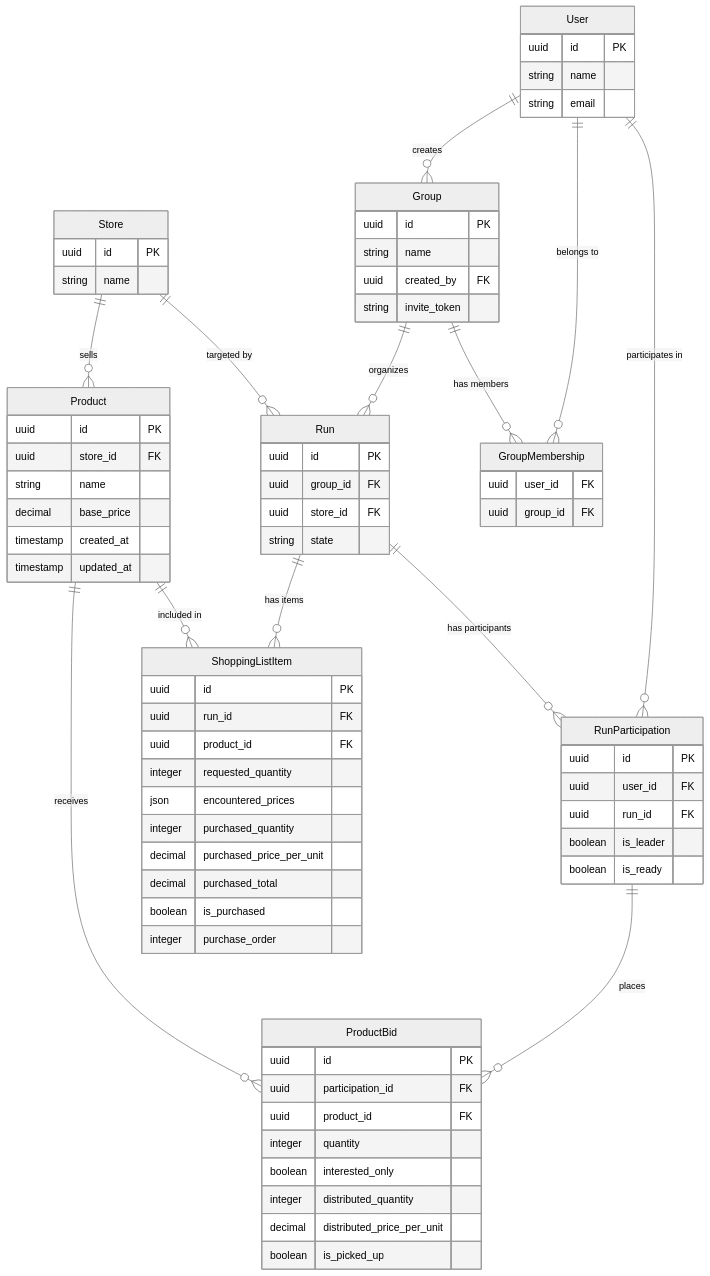
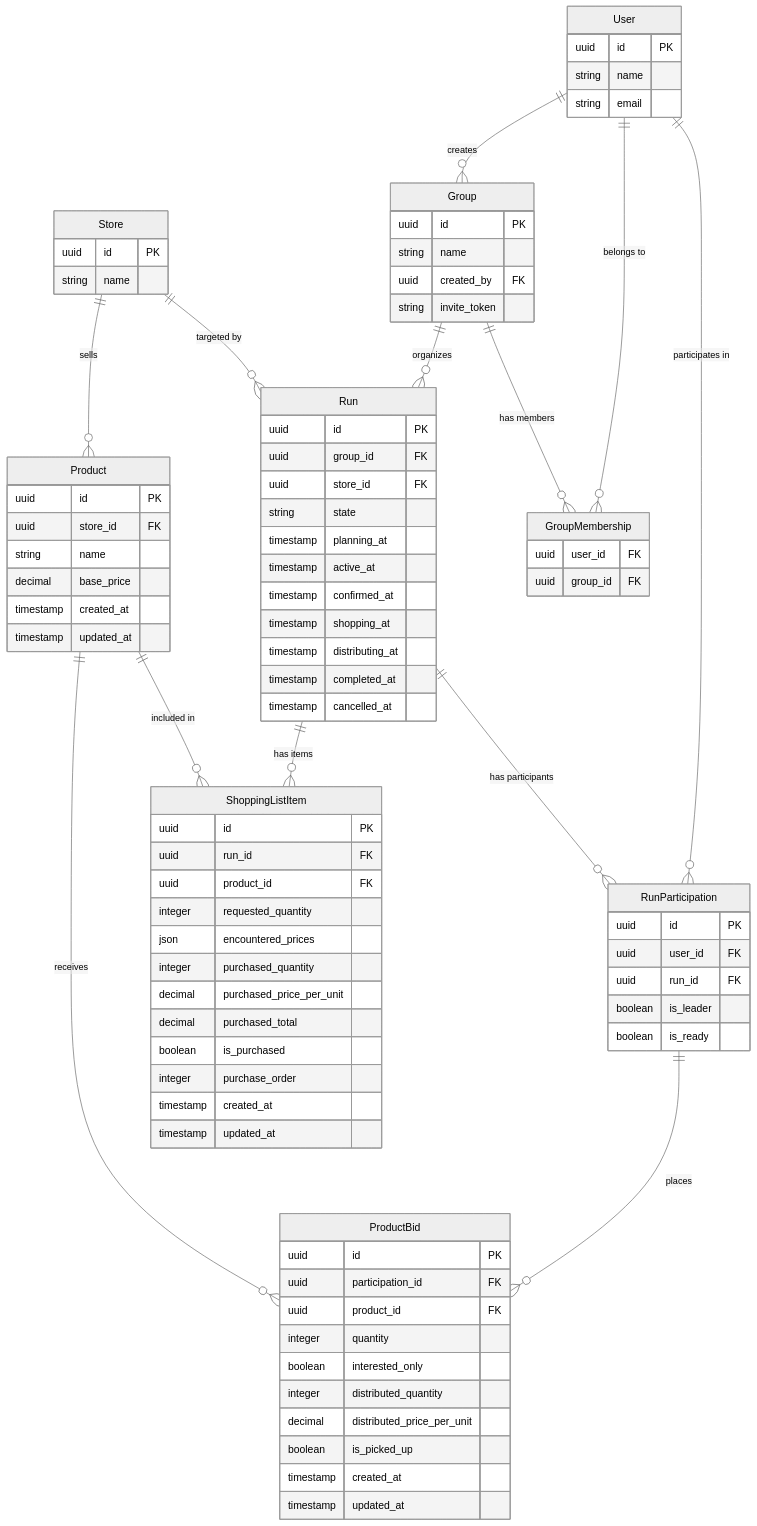
One commit to nedrrelm/bulq changed the diagram in docs/database_schema.md. Above: the diagram before and after it, drawn with Mermaid (neutral theme). The commit also changed other lines of this file and 2 other files, not shown here.

Commit message:
Add timestamps to ProductBid, Run, and ShoppingListItem

```diff
--- a/docs/database_schema.md
+++ b/docs/database_schema.md
@@ -22,6 +22,13 @@
         uuid group_id FK
         uuid store_id FK
         string state
+        timestamp planning_at
+        timestamp active_at
+        timestamp confirmed_at
+        timestamp shopping_at
+        timestamp distributing_at
+        timestamp completed_at
+        timestamp cancelled_at
     }
 
     RunParticipation {
@@ -55,6 +62,8 @@
         integer distributed_quantity
         decimal distributed_price_per_unit
         boolean is_picked_up
+        timestamp created_at
+        timestamp updated_at
     }
 
     ShoppingListItem {
@@ -68,6 +77,8 @@
         decimal purchased_total
         boolean is_purchased
         integer purchase_order
+        timestamp created_at
+        timestamp updated_at
     }
     
     GroupMembership {
```
